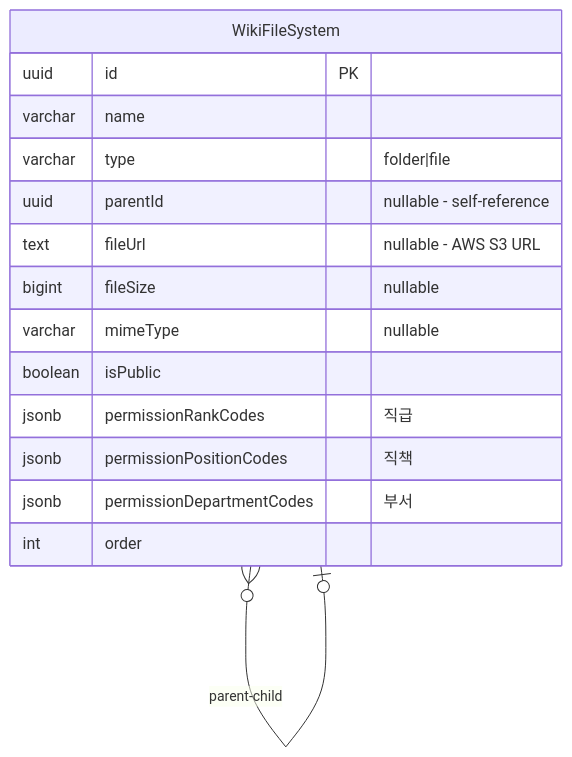
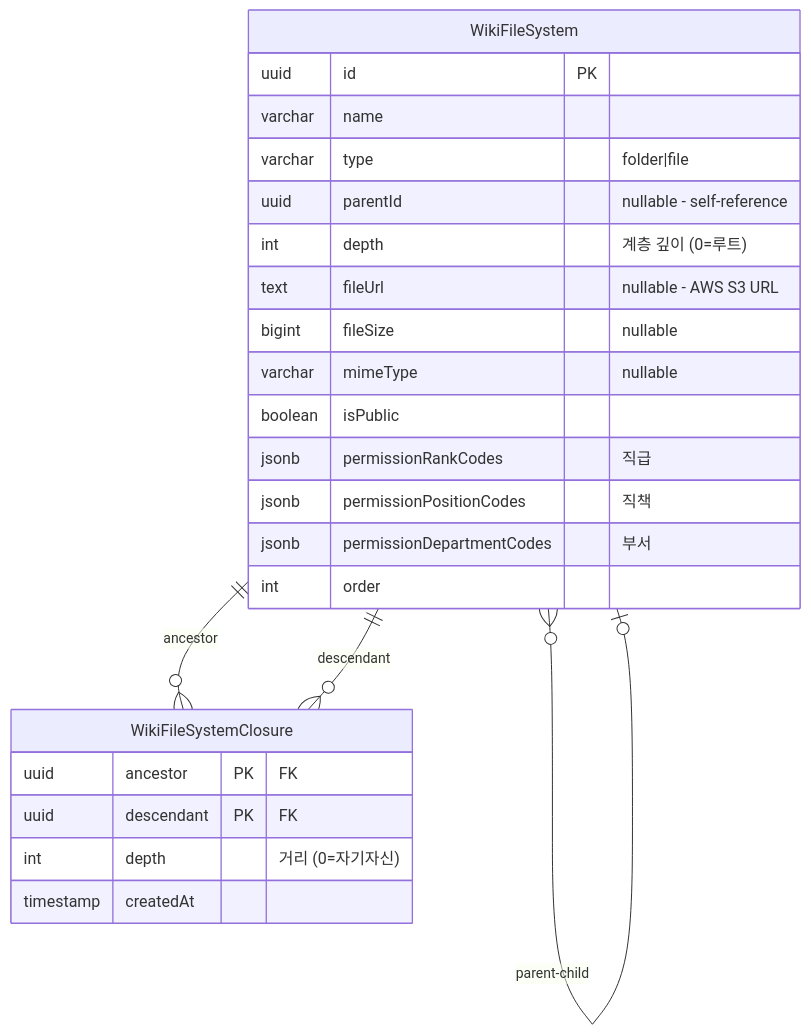
Diagram 15 of 15 in docs/erd/er-diagram-entities.md (wukdddang/lumir-cms-backend), drawn with Mermaid before and after one commit. The commit also changed other lines of this file and 2 other files, not shown here.

First line of the commit message:
feat: WikiFileSystem 및 상태 관리 필드 추가

````diff
--- a/docs/erd/er-diagram-entities.md
+++ b/docs/erd/er-diagram-entities.md
@@ -756,19 +772,29 @@
 ```mermaid
 erDiagram
     WikiFileSystem {
         uuid id PK
         varchar name
         varchar type "folder|file"
         uuid parentId "nullable - self-reference"
+        int depth "계층 깊이 (0=루트)"
         text fileUrl "nullable - AWS S3 URL"
         bigint fileSize "nullable"
         varchar mimeType "nullable"
         boolean isPublic
         jsonb permissionRankCodes "직급"
         jsonb permissionPositionCodes "직책"
         jsonb permissionDepartmentCodes "부서"
         int order
     }
     
+    WikiFileSystemClosure {
+        uuid ancestor PK "FK"
+        uuid descendant PK "FK"
+        int depth "거리 (0=자기자신)"
+        timestamp createdAt
+    }
+    
     WikiFileSystem }o--o| WikiFileSystem : "parent-child"
+    WikiFileSystem ||--o{ WikiFileSystemClosure : "ancestor"
+    WikiFileSystem ||--o{ WikiFileSystemClosure : "descendant"
 ```
````
